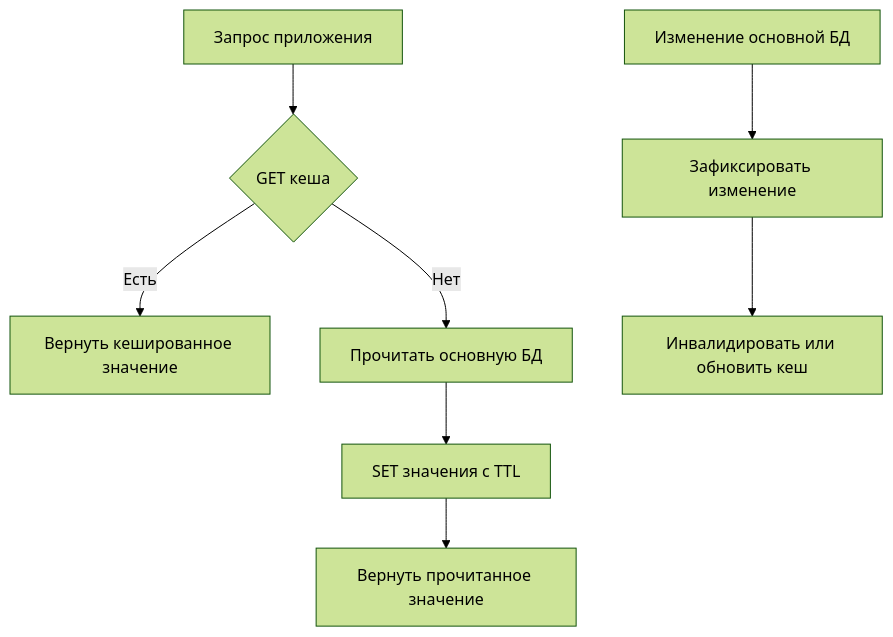
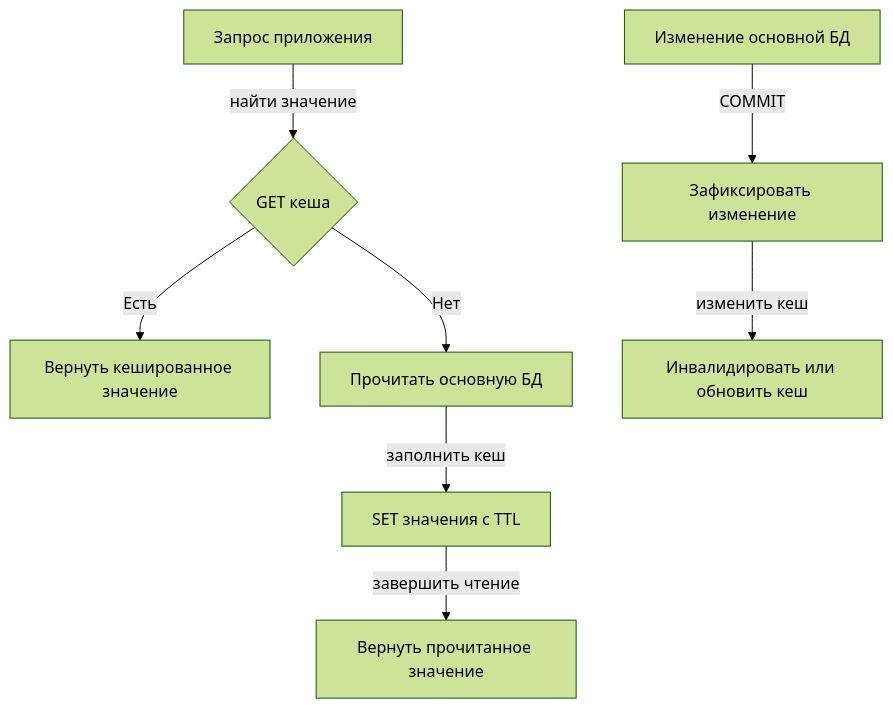
The diagram in databases/non-relational/redis/data-and-caching.md (IAMN1/devrefsnap), drawn with Mermaid (forest theme) before and after one commit. The commit also changed other lines of this file and 22 other files, not shown here.

````diff
--- a/databases/non-relational/redis/data-and-caching.md
+++ b/databases/non-relational/redis/data-and-caching.md
@@ -104,10 +81,10 @@
 ```mermaid
 flowchart TD
-    A[Запрос приложения] --> B{GET кеша}
+    A[Запрос приложения] -->|найти значение| B{GET кеша}
     B -->|Есть| C[Вернуть кешированное значение]
     B -->|Нет| D[Прочитать основную БД]
-    D --> E[SET значения с TTL]
-    E --> F[Вернуть прочитанное значение]
-    G[Изменение основной БД] --> H[Зафиксировать изменение]
-    H --> I[Инвалидировать или обновить кеш]
+    D -->|заполнить кеш| E[SET значения с TTL]
+    E -->|завершить чтение| F[Вернуть прочитанное значение]
+    G[Изменение основной БД] -->|COMMIT| H[Зафиксировать изменение]
+    H -->|изменить кеш| I[Инвалидировать или обновить кеш]
 ```
````
